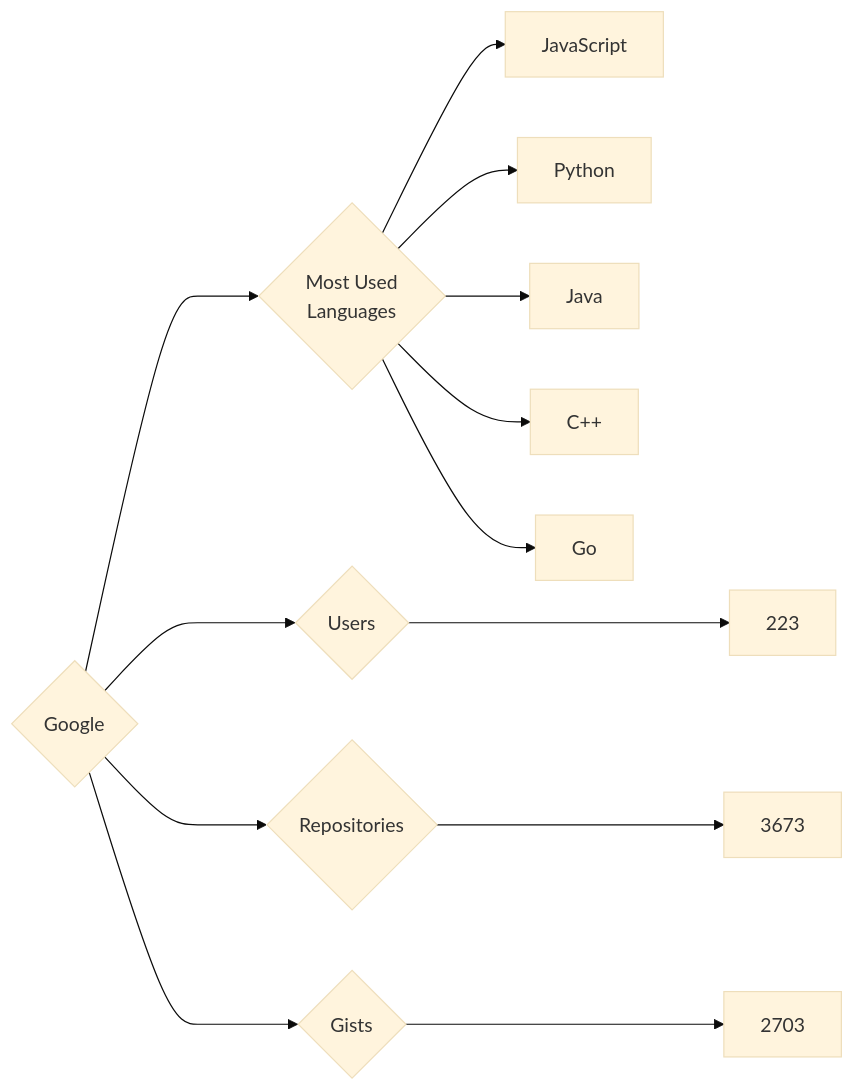
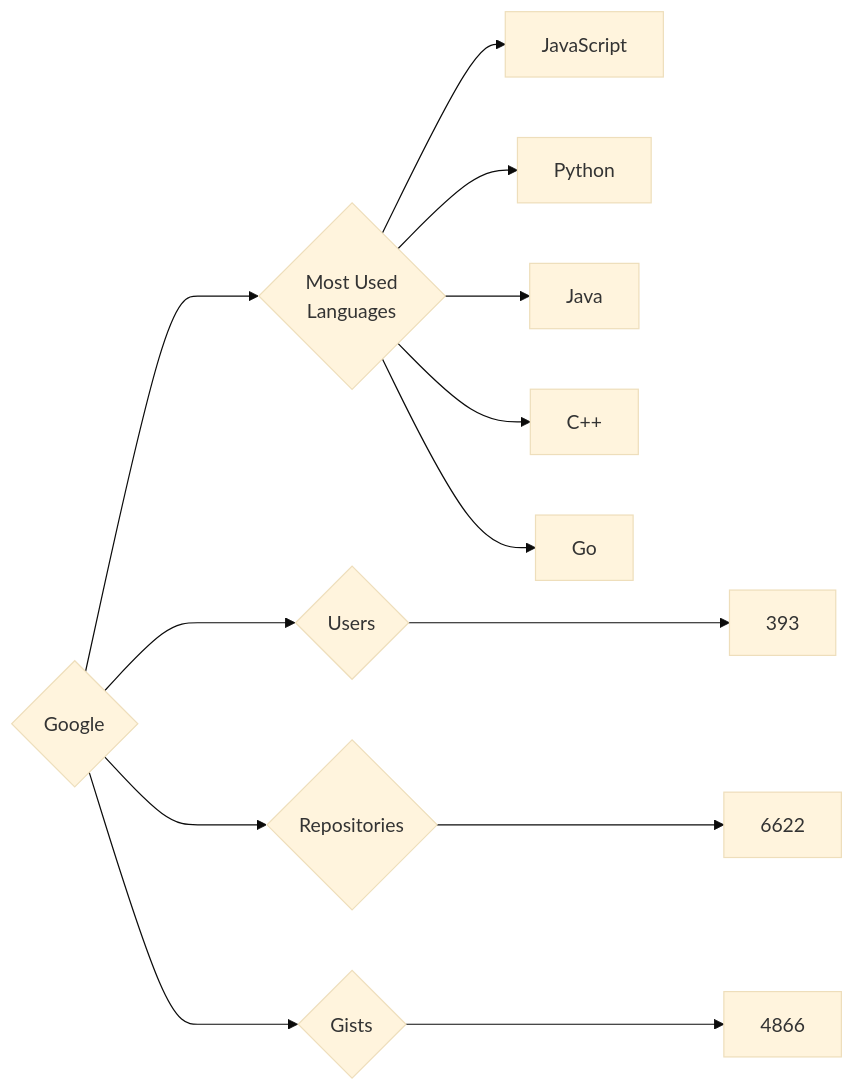
The diagram in targets/Google/README.md (trickest/insiders), drawn with Mermaid (base theme) before and after one commit. The commit also changed 932 other files, not shown here.

````diff
--- a/targets/Google/README.md
+++ b/targets/Google/README.md
@@ -3,13 +3,13 @@
 ```mermaid
 graph LR
 COMPANY_NAME{Google}
-COMPANY_NAME ---> U{Users} ---> UN[223]
-COMPANY_NAME ---> R{Repositories} ---> RN[3673]
-COMPANY_NAME ---> G{Gists} ---> GN[2703]
+COMPANY_NAME ---> U{Users} ---> UN[393]
+COMPANY_NAME ---> R{Repositories} ---> RN[6622]
+COMPANY_NAME ---> G{Gists} ---> GN[4866]
 COMPANY_NAME ---> ML{Most Used<br>Languages}
 ML --> JavaScript[JavaScript]
 ML --> Python[Python]
 ML --> Java[Java]
 ML --> C++[C++]
 ML --> Go[Go]
 ```
````
